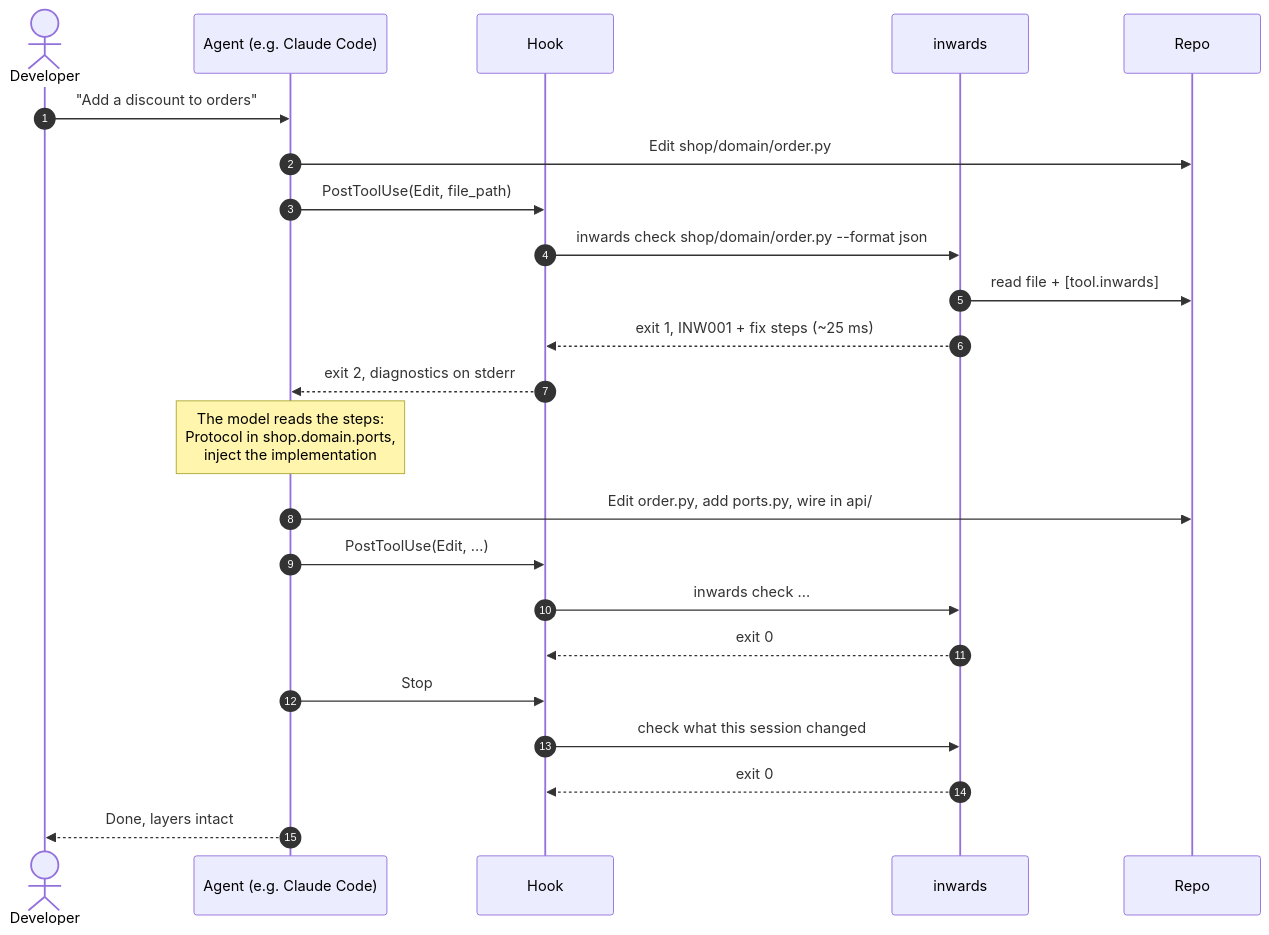
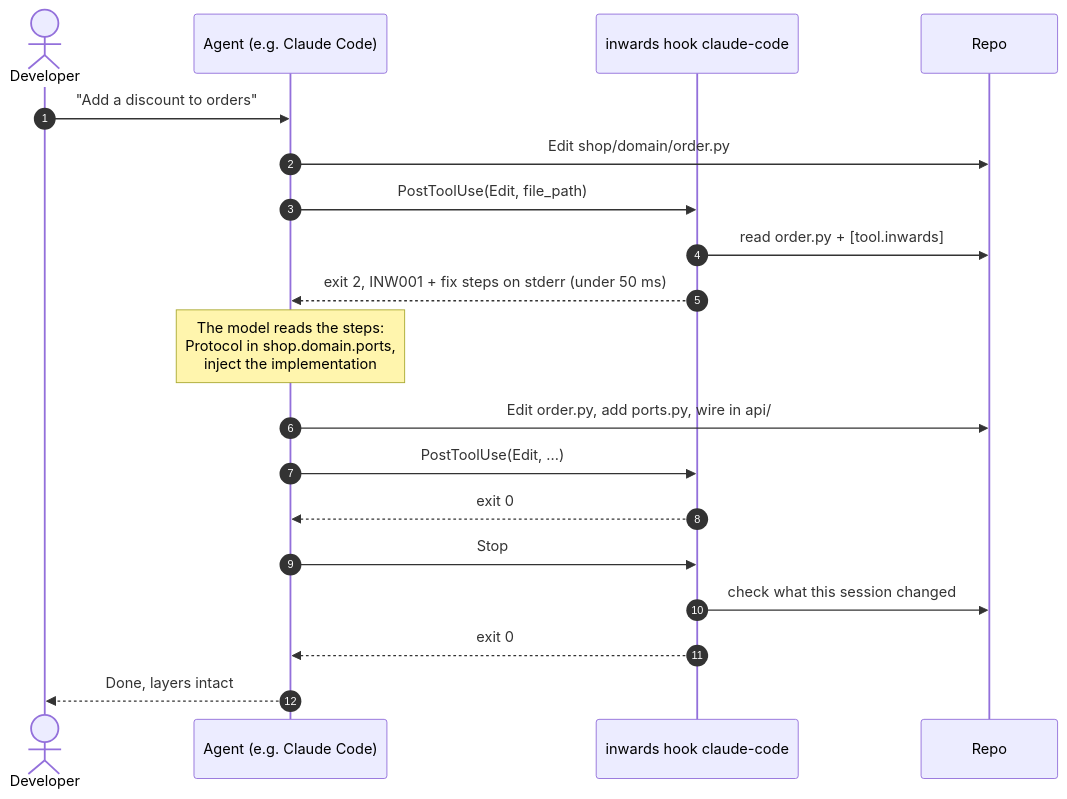
The first of 2 diagrams in docs/chapters/04-AI-Integration.md (SirCypkowskyy/inwards), drawn with Mermaid before and after one commit. The commit also changed other lines of this file and 9 other files, not shown here.

````diff
--- a/docs/chapters/04-AI-Integration.md
+++ b/docs/chapters/04-AI-Integration.md
@@ -9,26 +9,22 @@
 ```mermaid
 sequenceDiagram
     autonumber
     actor U as Developer
     participant A as Agent (e.g. Claude Code)
-    participant H as Hook
-    participant S as inwards
+    participant H as inwards hook claude-code
     participant FS as Repo
 
     U->>A: "Add a discount to orders"
     A->>FS: Edit shop/domain/order.py
     A->>H: PostToolUse(Edit, file_path)
-    H->>S: inwards check shop/domain/order.py --format json
-    S->>FS: read file + [tool.inwards]
-    S-->>H: exit 1, INW001 + fix steps (~25 ms)
-    H-->>A: exit 2, diagnostics on stderr
+    H->>FS: read order.py + [tool.inwards]
+    H-->>A: exit 2, INW001 + fix steps on stderr (under 50 ms)
     Note over A: The model reads the steps:<br/>Protocol in shop.domain.ports,<br/>inject the implementation
     A->>FS: Edit order.py, add ports.py, wire in api/
     A->>H: PostToolUse(Edit, ...)
-    H->>S: inwards check ...
-    S-->>H: exit 0
+    H-->>A: exit 0
     A->>H: Stop
-    H->>S: check what this session changed
-    S-->>H: exit 0
+    H->>FS: check what this session changed
+    H-->>A: exit 0
     A-->>U: Done, layers intact
 ```
````
